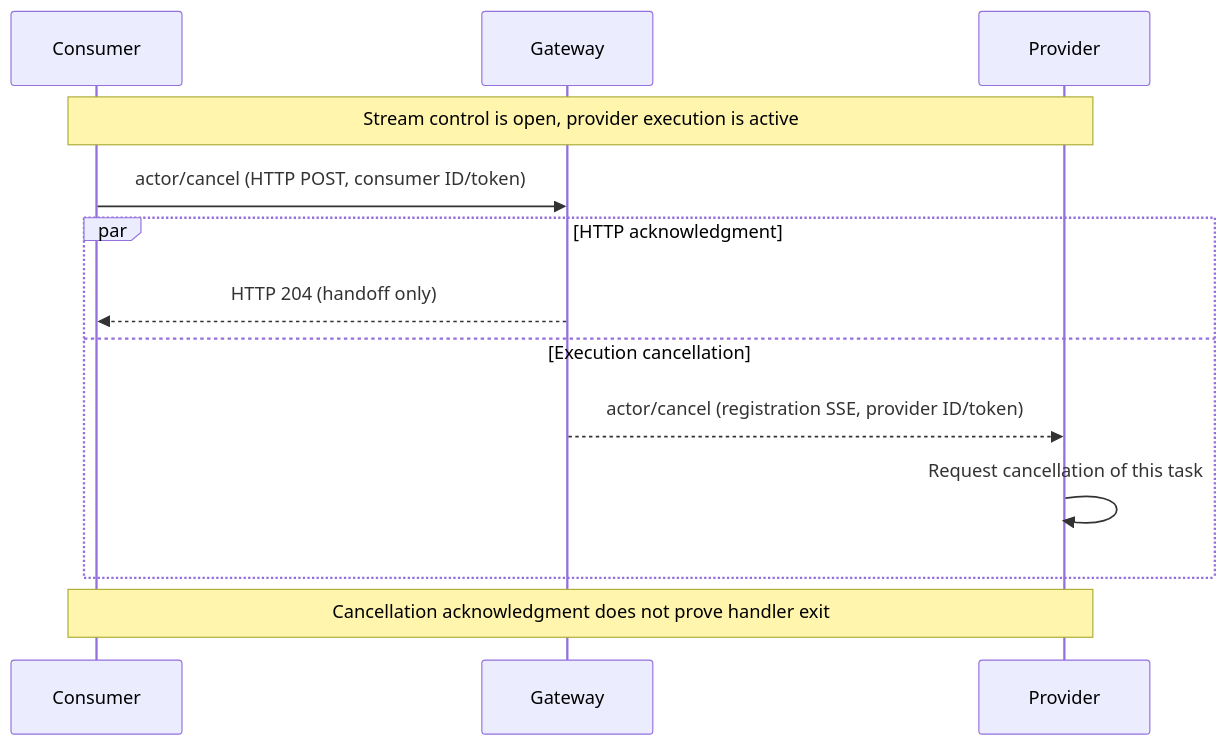
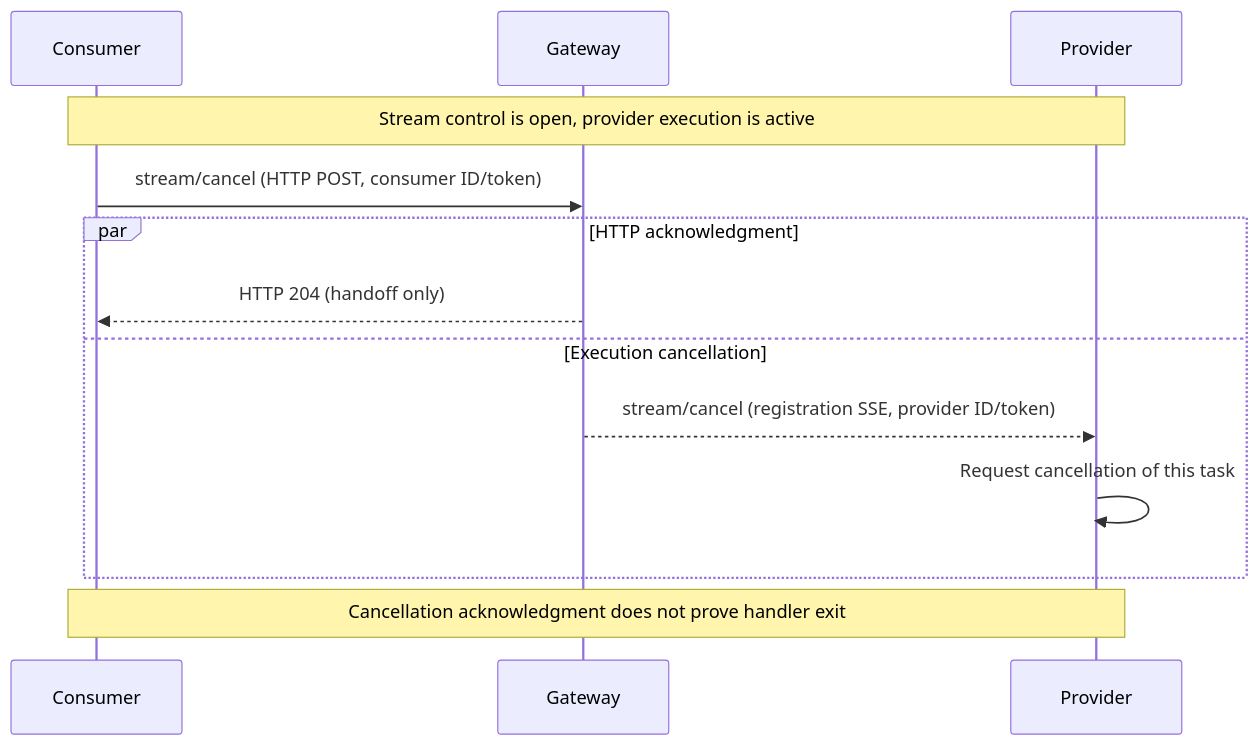
One commit to go-aie/actorx-dist changed the fourth of 4 diagrams in remote/docs/protocol.md. Above: the diagram before and after it, drawn with Mermaid. The commit also changed other lines of this file and 25 other files, not shown here.

````diff
--- a/remote/docs/protocol.md
+++ b/remote/docs/protocol.md
@@ -548,15 +548,15 @@
 ```mermaid
 sequenceDiagram
     participant C as Consumer
     participant G as Gateway
     participant P as Provider
     Note over C,P: Stream control is open, provider execution is active
-    C->>G: actor/cancel (HTTP POST, consumer ID/token)
+    C->>G: stream/cancel (HTTP POST, consumer ID/token)
     par HTTP acknowledgment
         G-->>C: HTTP 204 (handoff only)
     and Execution cancellation
-        G-->>P: actor/cancel (registration SSE, provider ID/token)
+        G-->>P: stream/cancel (registration SSE, provider ID/token)
         P->>P: Request cancellation of this task
     end
     Note over C,P: Cancellation acknowledgment does not prove handler exit
 ```
````
